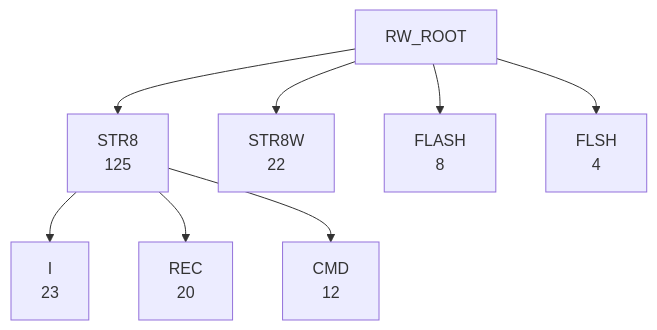
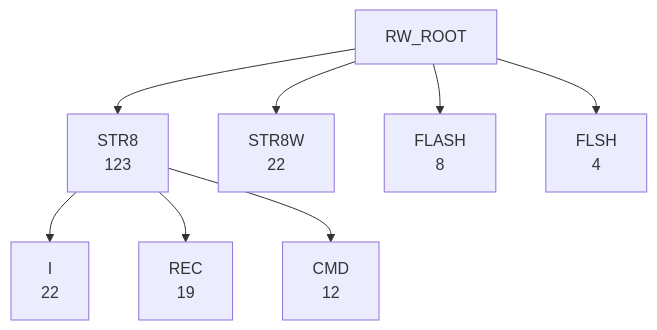
One commit to 95westus/R-YORS changed the fifth of 6 diagrams in DOC/GENERATED/ROUTINE_WORD_TREE.md. Above: the diagram before and after it, drawn with Mermaid. The commit also changed other lines of this file and 17 other files, not shown here.

````diff
--- a/DOC/GENERATED/ROUTINE_WORD_TREE.md
+++ b/DOC/GENERATED/ROUTINE_WORD_TREE.md
@@ -77,10 +77,10 @@
 ```mermaid
 flowchart TD
-    RW_ROOT --> RW_STR8["STR8<br/>125"]
+    RW_ROOT --> RW_STR8["STR8<br/>123"]
     RW_ROOT --> RW_STR8W["STR8W<br/>22"]
     RW_ROOT --> RW_FLASH["FLASH<br/>8"]
     RW_ROOT --> RW_FLSH["FLSH<br/>4"]
-    RW_STR8 --> RW_STR8_I["I<br/>23"]
-    RW_STR8 --> RW_STR8_REC["REC<br/>20"]
+    RW_STR8 --> RW_STR8_I["I<br/>22"]
+    RW_STR8 --> RW_STR8_REC["REC<br/>19"]
     RW_STR8 --> RW_STR8_CMD["CMD<br/>12"]
 ```
````
